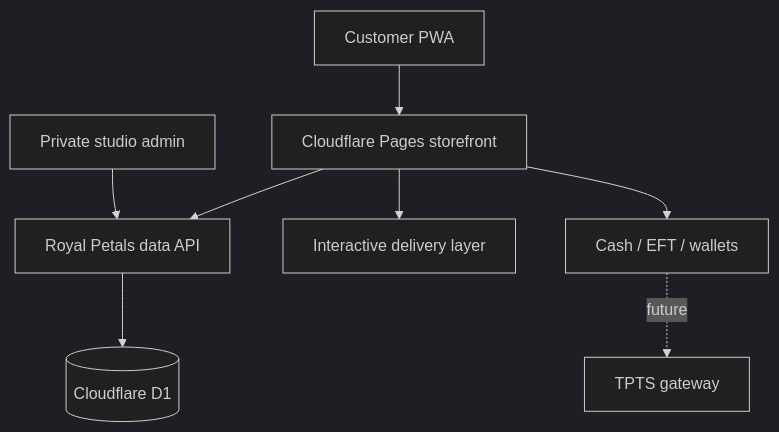
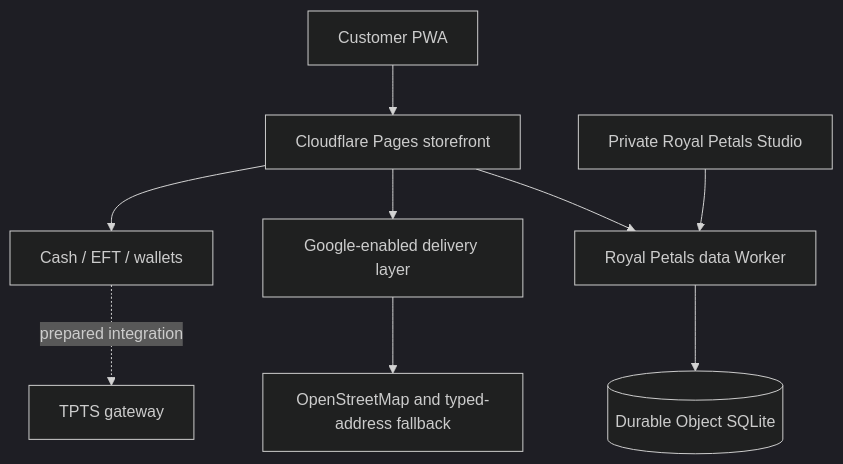
The second of 2 diagrams in README.md (freeman-ipumbu/royal-petals-case-study), drawn with Mermaid (dark theme) before and after one commit. The commit also changed other lines of this file, not shown here.

Commit message:
Update Royal Petals public case study

````diff
--- a/README.md
+++ b/README.md
@@ -52,10 +83,11 @@
 ```mermaid
 flowchart TD
   Customer[Customer PWA] --> Storefront[Cloudflare Pages storefront]
-  Storefront --> API[Royal Petals data API]
-  API --> Data[(Cloudflare D1)]
-  Studio[Private studio admin] --> API
-  Storefront --> Delivery[Interactive delivery layer]
+  Storefront --> API[Royal Petals data Worker]
+  API --> Data[(Durable Object SQLite)]
+  Studio[Private Royal Petals Studio] --> API
+  Storefront --> Delivery[Google-enabled delivery layer]
+  Delivery --> Fallback[OpenStreetMap and typed-address fallback]
   Storefront --> Checkout[Cash / EFT / wallets]
-  Checkout -. future .-> TPTS[TPTS gateway]
+  Checkout -. prepared integration .-> TPTS[TPTS gateway]
 ```
````
